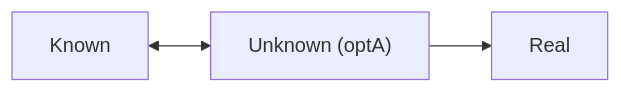
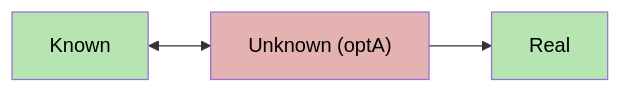
Before and after one commit to giomf/NixoScope: the sixth of 8 diagrams in README.md, drawn with Mermaid. The commit also changed other lines of this file, not shown here.

Commit message:
docs: add coloring to mermaid examples

````diff
--- a/README.md
+++ b/README.md
@@ -147,4 +157,6 @@
 ```mermaid
 graph LR
-    A[Known] <--> B["Unknown (optA)"] --> D[Real]
+    classDef known fill:#b6e5b2,color:#000
+    classDef unknown fill:#e5b2b2,color:#000
+    A[Known]:::known <--> B["Unknown (optA)"]:::unknown --> D[Real]:::known
 ```
````
